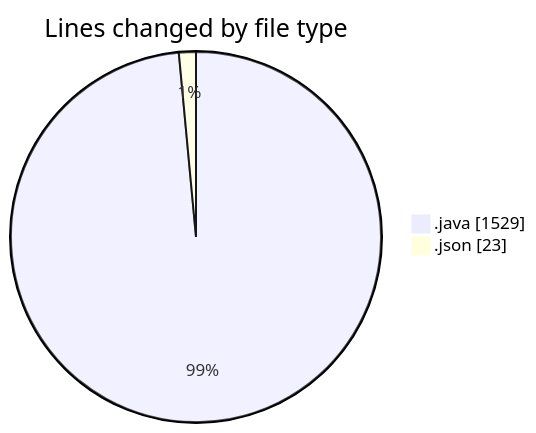
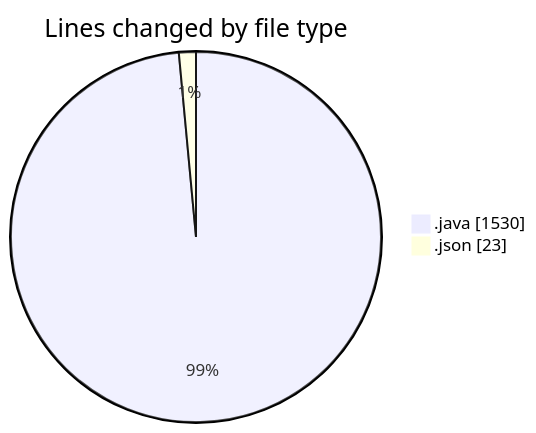
Before and after one commit to ricardozamudiocil/code-tracking: the first of 2 diagrams in 2026-03-30/cilapp/README.md, drawn with Mermaid. The commit also changed other lines of this file and 1 other file, not shown here.

````diff
--- a/2026-03-30/cilapp/README.md
+++ b/2026-03-30/cilapp/README.md
@@ -25,6 +25,6 @@
 ```mermaid
 pie showData
 title Lines changed by file type
-".java" : 1529
+".java" : 1530
 ".json" : 23
 ```
````
